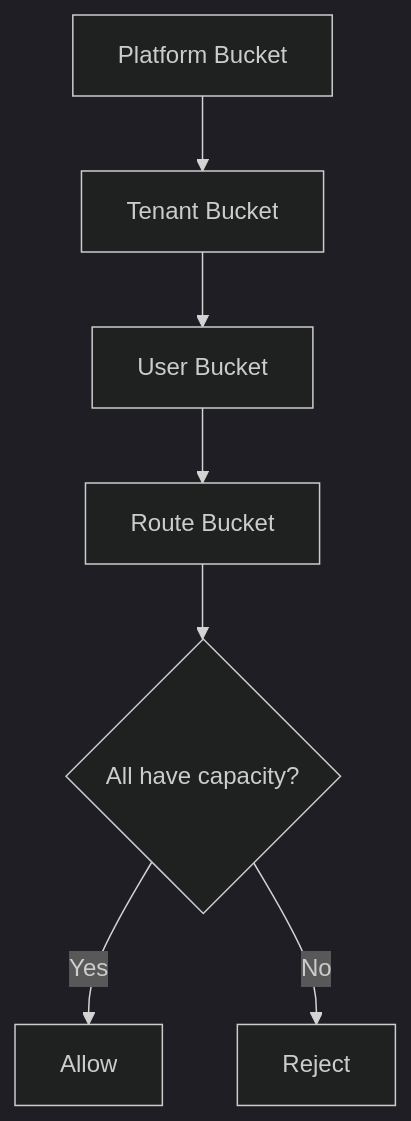
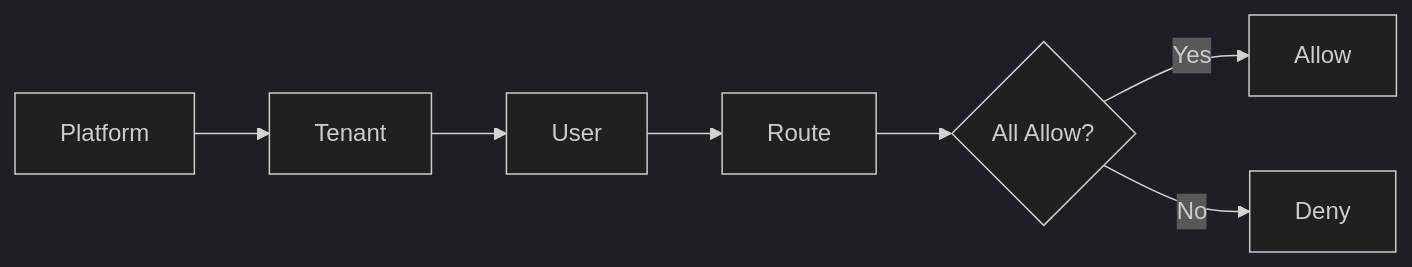
The fifth of 6 diagrams in src/content/system-design/rate-limiter.md (AvadhBhalodiya/Interview-Preparation), drawn with Mermaid (dark theme) before and after one commit. The commit also changed other lines of this file and 54 other files, not shown here.

````diff
--- a/src/content/system-design/rate-limiter.md
+++ b/src/content/system-design/rate-limiter.md
@@ -800,9 +519,9 @@
 ```mermaid
-flowchart TD
-    P[Platform Bucket] --> T[Tenant Bucket]
-    T --> U[User Bucket]
-    U --> R[Route Bucket]
-    R --> D{All have capacity?}
+flowchart LR
+    P[Platform] --> T[Tenant]
+    T --> U[User]
+    U --> R[Route]
+    R --> D{All Allow?}
     D -->|Yes| A[Allow]
-    D -->|No| X[Reject]
+    D -->|No| X[Deny]
 ```
````
